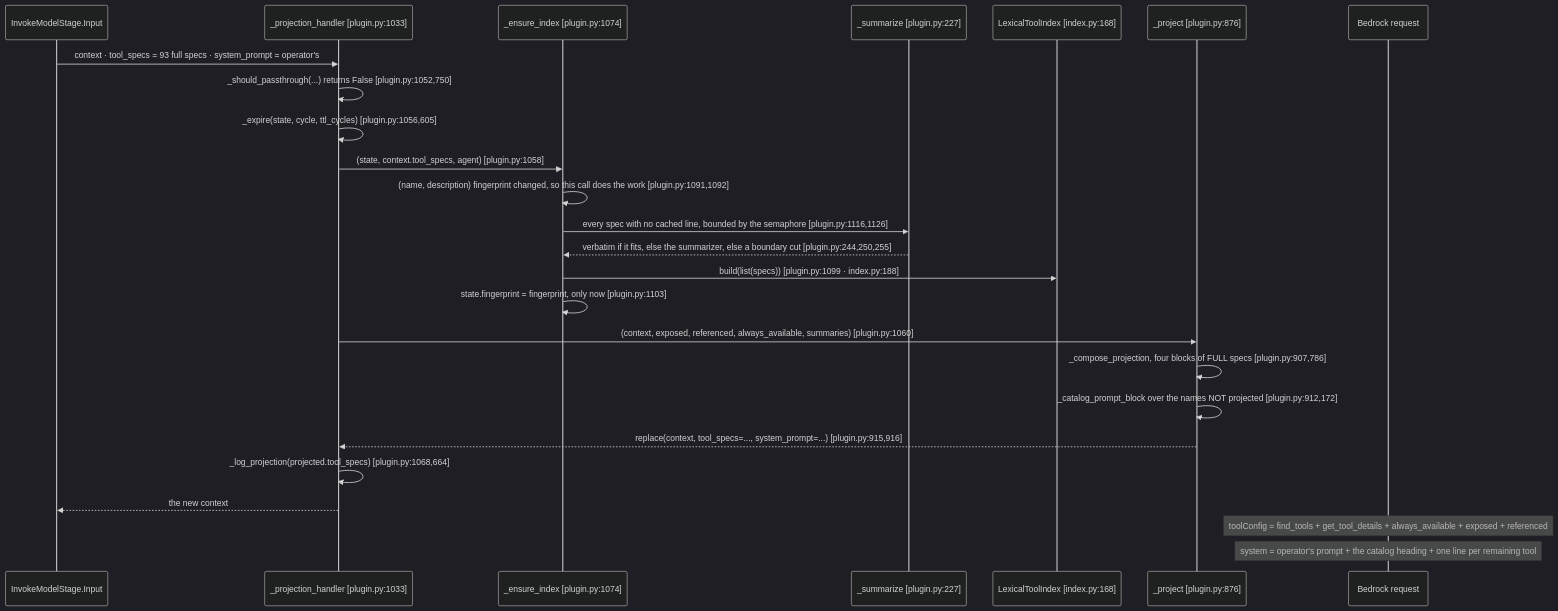
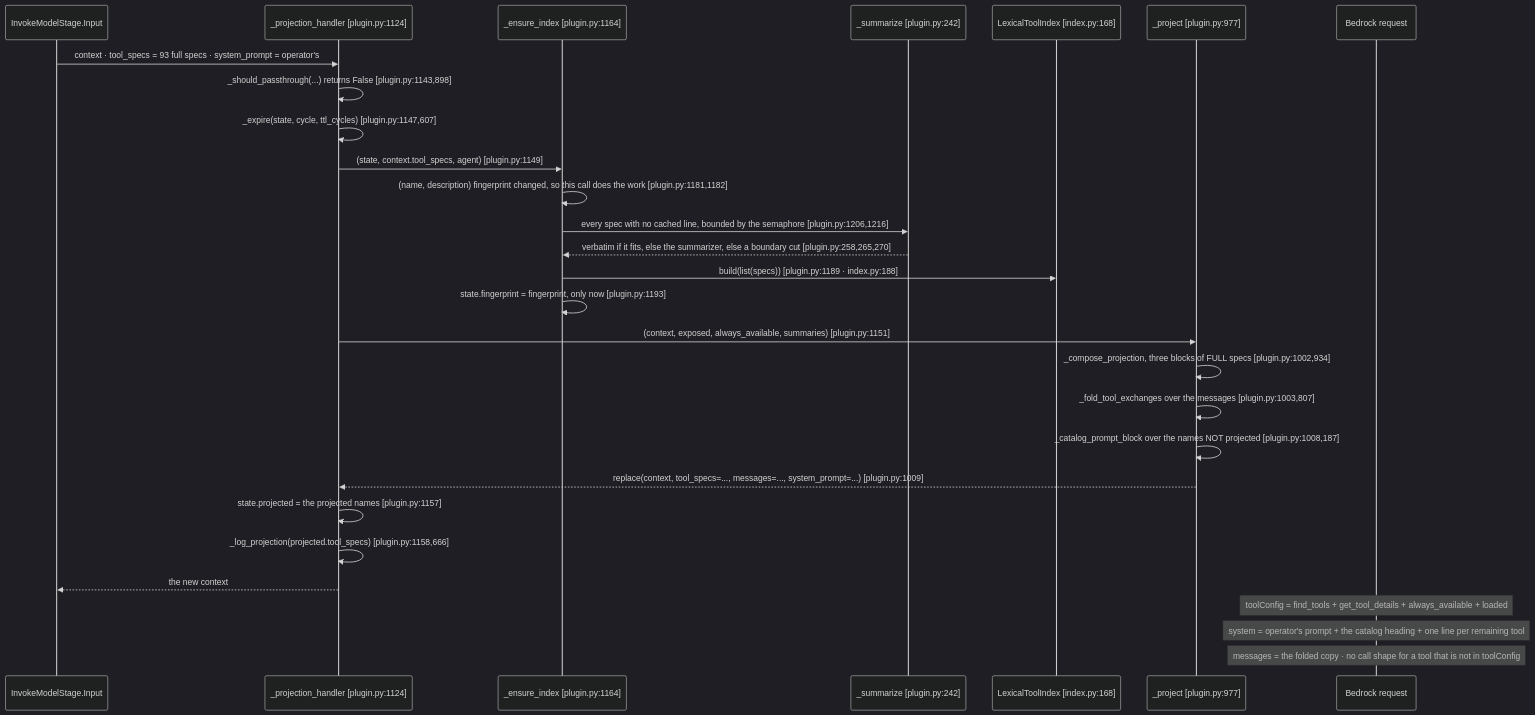
The second of 6 diagrams in docs/design/sequence/sequence-b-progressive-tool-disclosure.md (aws-samples/sample-context-engineering), drawn with Mermaid (dark theme) before and after one commit. The commit also changed other lines of this file and 11 other files, not shown here.

First line of the commit message:
docs: bring design, sequence and how-to docs to the current code

````diff
--- a/docs/design/sequence/sequence-b-progressive-tool-disclosure.md
+++ b/docs/design/sequence/sequence-b-progressive-tool-disclosure.md
@@ -135,28 +240,31 @@
 ```mermaid
 sequenceDiagram
     participant Stage as InvokeModelStage.Input
-    participant Handler as _projection_handler [plugin.py:1033]
-    participant Ensure as _ensure_index [plugin.py:1074]
-    participant Sum as _summarize [plugin.py:227]
+    participant Handler as _projection_handler [plugin.py:1124]
+    participant Ensure as _ensure_index [plugin.py:1164]
+    participant Sum as _summarize [plugin.py:242]
     participant Index as LexicalToolIndex [index.py:168]
-    participant Project as _project [plugin.py:876]
+    participant Project as _project [plugin.py:977]
     participant Provider as Bedrock request
 
     Stage->>Handler: context · tool_specs = 93 full specs · system_prompt = operator's
-    Handler->>Handler: _should_passthrough(...) returns False [plugin.py:1052,750]
-    Handler->>Handler: _expire(state, cycle, ttl_cycles) [plugin.py:1056,605]
-    Handler->>Ensure: (state, context.tool_specs, agent) [plugin.py:1058]
-    Ensure->>Ensure: (name, description) fingerprint changed, so this call does the work [plugin.py:1091,1092]
-    Ensure->>Sum: every spec with no cached line, bounded by the semaphore [plugin.py:1116,1126]
-    Sum-->>Ensure: verbatim if it fits, else the summarizer, else a boundary cut [plugin.py:244,250,255]
-    Ensure->>Index: build(list(specs)) [plugin.py:1099 · index.py:188]
-    Ensure->>Ensure: state.fingerprint = fingerprint, only now [plugin.py:1103]
-    Handler->>Project: (context, exposed, referenced, always_available, summaries) [plugin.py:1060]
-    Project->>Project: _compose_projection, four blocks of FULL specs [plugin.py:907,786]
-    Project->>Project: _catalog_prompt_block over the names NOT projected [plugin.py:912,172]
-    Project-->>Handler: replace(context, tool_specs=..., system_prompt=...) [plugin.py:915,916]
-    Handler->>Handler: _log_projection(projected.tool_specs) [plugin.py:1068,664]
+    Handler->>Handler: _should_passthrough(...) returns False [plugin.py:1143,898]
+    Handler->>Handler: _expire(state, cycle, ttl_cycles) [plugin.py:1147,607]
+    Handler->>Ensure: (state, context.tool_specs, agent) [plugin.py:1149]
+    Ensure->>Ensure: (name, description) fingerprint changed, so this call does the work [plugin.py:1181,1182]
+    Ensure->>Sum: every spec with no cached line, bounded by the semaphore [plugin.py:1206,1216]
+    Sum-->>Ensure: verbatim if it fits, else the summarizer, else a boundary cut [plugin.py:258,265,270]
+    Ensure->>Index: build(list(specs)) [plugin.py:1189 · index.py:188]
+    Ensure->>Ensure: state.fingerprint = fingerprint, only now [plugin.py:1193]
+    Handler->>Project: (context, exposed, always_available, summaries) [plugin.py:1151]
+    Project->>Project: _compose_projection, three blocks of FULL specs [plugin.py:1002,934]
+    Project->>Project: _fold_tool_exchanges over the messages [plugin.py:1003,807]
+    Project->>Project: _catalog_prompt_block over the names NOT projected [plugin.py:1008,187]
+    Project-->>Handler: replace(context, tool_specs=..., messages=..., system_prompt=...) [plugin.py:1009]
+    Handler->>Handler: state.projected = the projected names [plugin.py:1157]
+    Handler->>Handler: _log_projection(projected.tool_specs) [plugin.py:1158,666]
     Handler-->>Stage: the new context
-    Note over Provider: toolConfig = find_tools + get_tool_details + always_available + exposed + referenced
+    Note over Provider: toolConfig = find_tools + get_tool_details + always_available + loaded
     Note over Provider: system = operator's prompt + the catalog heading + one line per remaining tool
+    Note over Provider: messages = the folded copy · no call shape for a tool that is not in toolConfig
 ```
````
